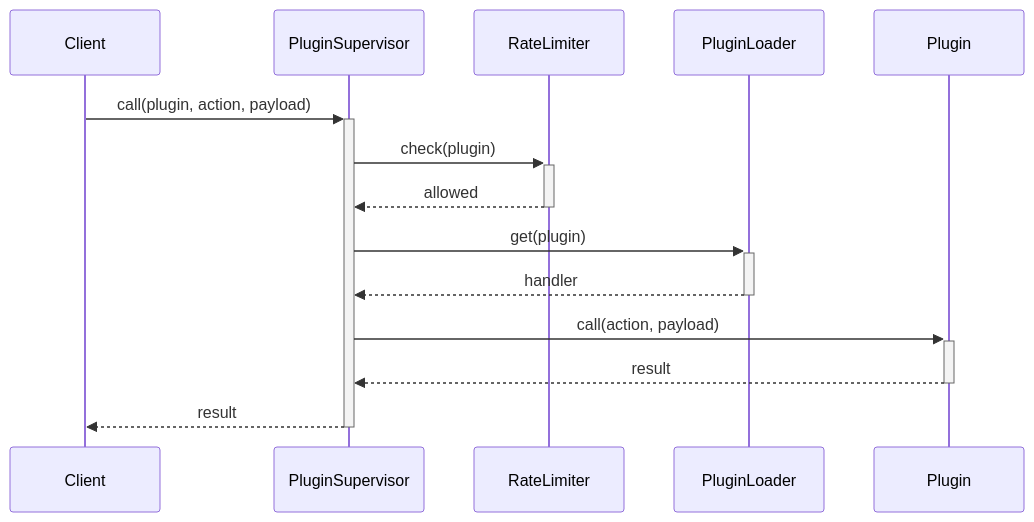
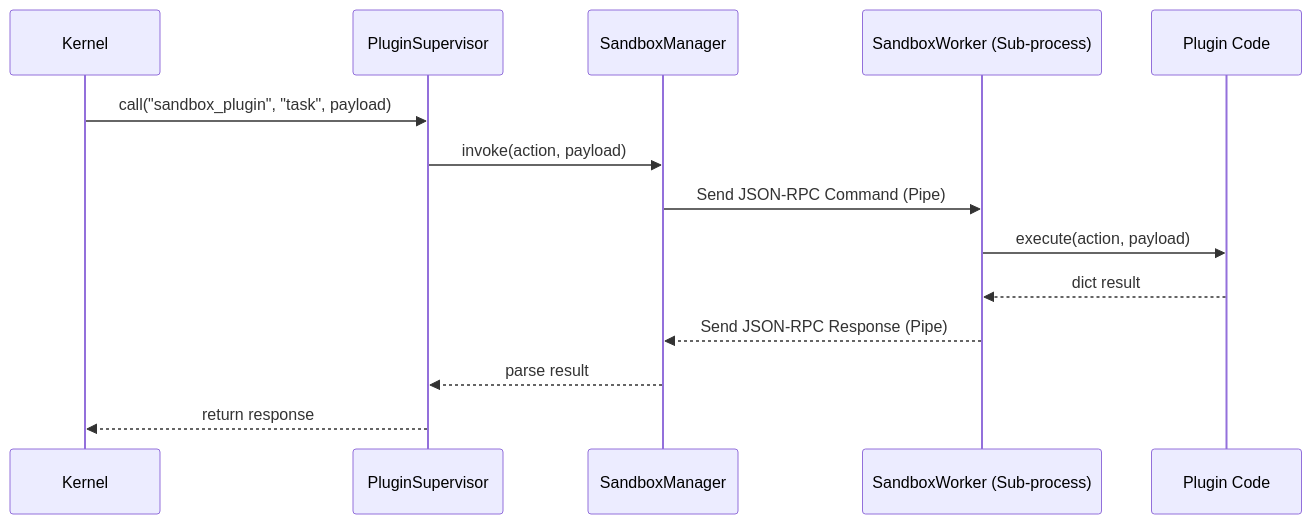
One commit to traoreera/xcore changed the first of 2 diagrams in doc/architecture/overview.md. Above: the diagram before and after it, drawn with Mermaid. The commit also changed other lines of this file and 99 other files, not shown here.

````diff
--- a/doc/architecture/overview.md
+++ b/doc/architecture/overview.md
@@ -173,19 +69,17 @@
 ```mermaid
 sequenceDiagram
-    participant Client
+    participant K as Kernel
     participant PS as PluginSupervisor
-    participant RL as RateLimiter
-    participant PL as PluginLoader
-    participant P as Plugin
+    participant SM as SandboxManager
+    participant W as SandboxWorker (Sub-process)
+    participant P as Plugin Code
 
-    Client->>+PS: call(plugin, action, payload)
-    PS->>+RL: check(plugin)
-    RL-->>-PS: allowed
-
-    PS->>+PL: get(plugin)
-    PL-->>-PS: handler
-
-    PS->>+P: call(action, payload)
-    P-->>-PS: result
-    PS-->>-Client: result
+    K->>PS: call("sandbox_plugin", "task", payload)
+    PS->>SM: invoke(action, payload)
+    SM->>W: Send JSON-RPC Command (Pipe)
+    W->>P: execute(action, payload)
+    P-->>W: dict result
+    W-->>SM: Send JSON-RPC Response (Pipe)
+    SM-->>PS: parse result
+    PS-->>K: return response
 ```
````
